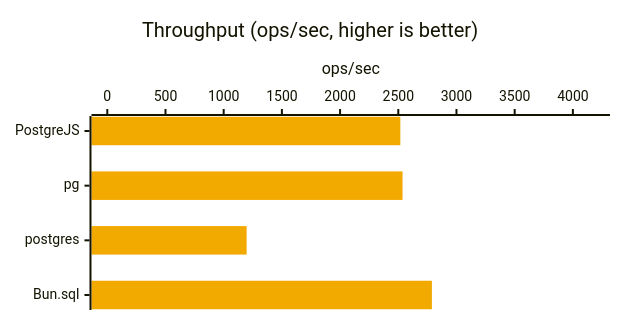
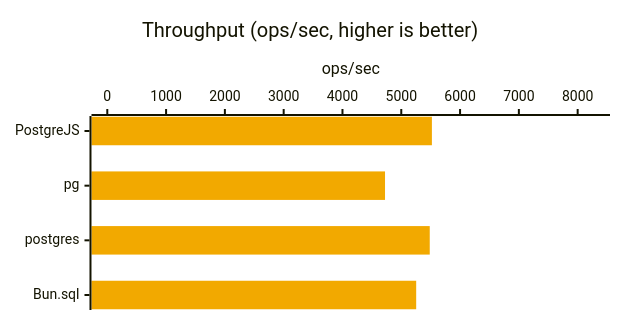
Diagram 14 of 56 in docs/getting-started/benchmarks-bun.md (panates/postgrejs-doc), drawn with Mermaid before and after one commit. The commit also changed other lines of this file and 13 other files, not shown here.

````diff
--- a/docs/getting-started/benchmarks-bun.md
+++ b/docs/getting-started/benchmarks-bun.md
@@ -386,8 +393,8 @@
 ```mermaid
 %%{init: {'xyChart': {'width': 600, 'height': 300, 'chartOrientation': 'horizontal'}, 'themeVariables': {'xyChart': {'plotColorPalette': '#f2a900'}}}}%%
 xychart-beta
     title "Throughput (ops/sec, higher is better)"
     x-axis ["PostgreJS", "pg", "postgres", "Bun.sql"]
-    y-axis "ops/sec" 0.0000 --> 4183.1847
-    bar [2517.6717, 2536.6744, 1197.1375, 2788.7898]
+    y-axis "ops/sec" 0.0000 --> 8281.2750
+    bar [5520.8500, 4723.6868, 5484.2570, 5253.8085]
 ```
````
